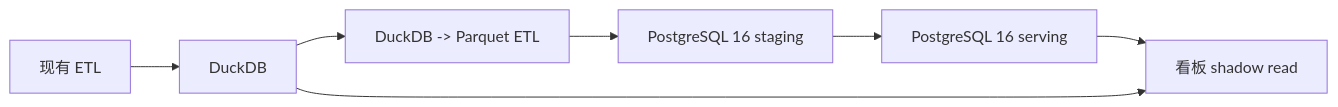
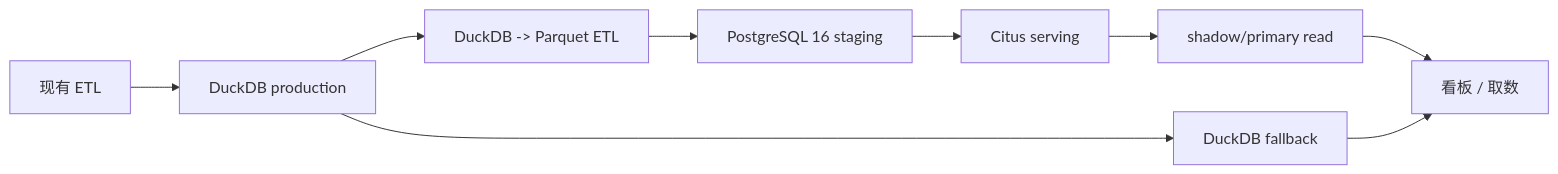
The diagram in docs/architecture/dual-write-strategy.md (weiweity/fuqing-crm-analytics), drawn with Mermaid before and after one commit. The commit also changed other lines of this file and 17 other files, not shown here.

````diff
--- a/docs/architecture/dual-write-strategy.md
+++ b/docs/architecture/dual-write-strategy.md
@@ -9,9 +9,11 @@
 ```mermaid
 flowchart LR
-    A["现有 ETL"] --> B["DuckDB"]
+    A["现有 ETL"] --> B["DuckDB production"]
     B --> C["DuckDB -> Parquet ETL"]
     C --> D["PostgreSQL 16 staging"]
-    D --> E["PostgreSQL 16 serving"]
-    E --> F["看板 shadow read"]
-    B --> F
+    D --> E["Citus serving"]
+    E --> F["shadow/primary read"]
+    B --> G["DuckDB fallback"]
+    F --> H["看板 / 取数"]
+    G --> H
 ```
````
